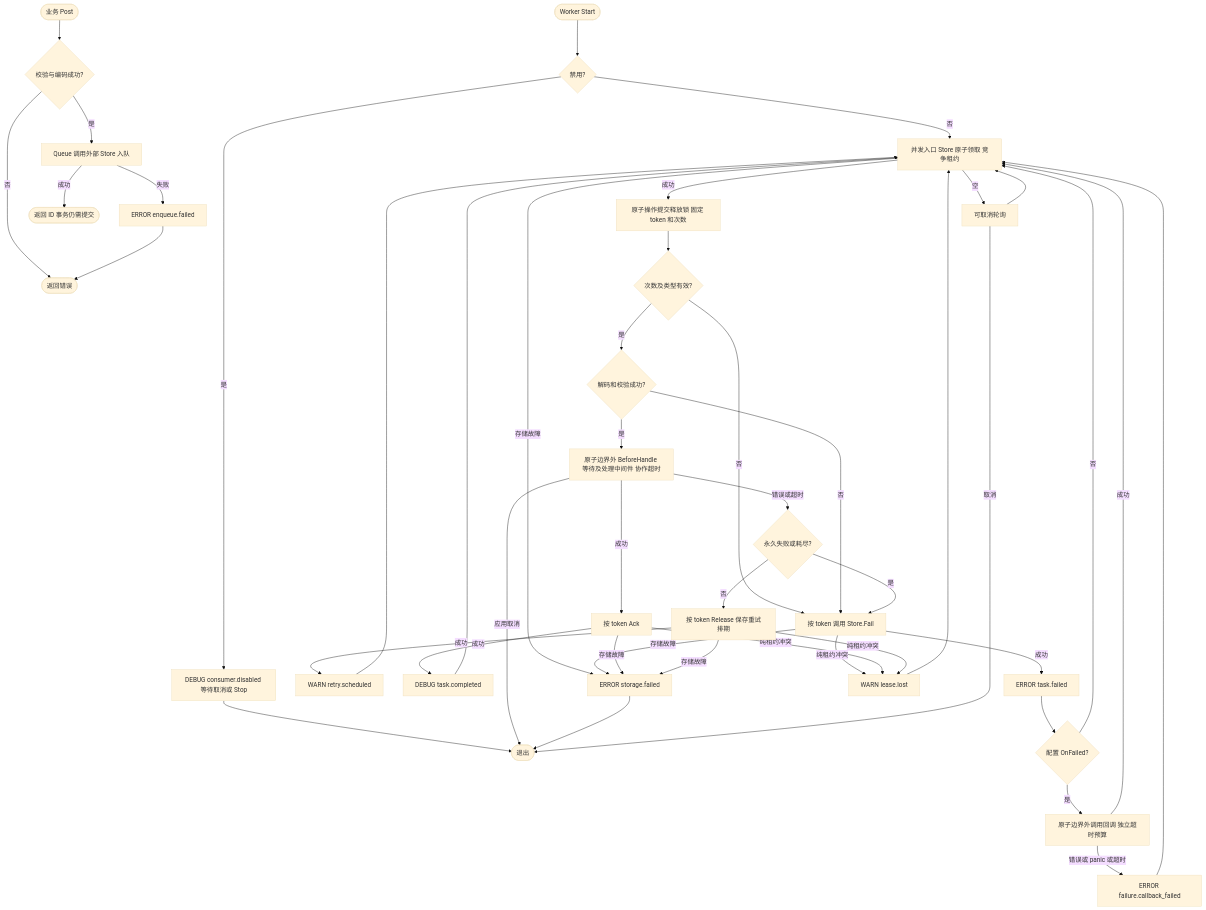
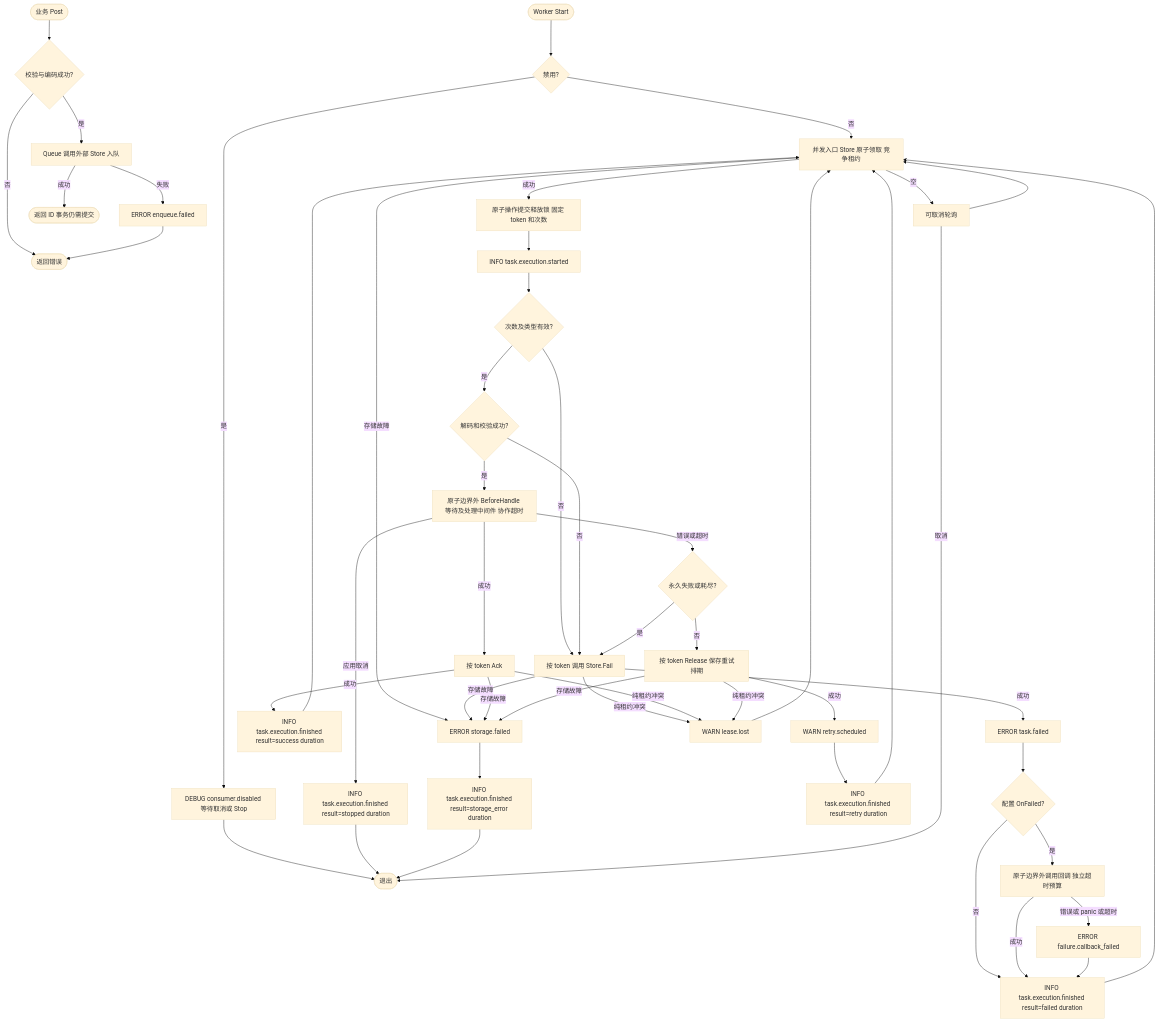
The fourth of 4 diagrams in pkg/queue/typed.md (jaggerzhuang1994/kratos-foundation), drawn with Mermaid (base theme) before and after one commit. The commit also changed 122 other files, not shown here.

````diff
--- a/pkg/queue/typed.md
+++ b/pkg/queue/typed.md
@@ -182,41 +182,45 @@
 ```mermaid
 flowchart TD
     A([业务 Post]) --> B{校验与编码成功?}
     B -- 否 --> Z([返回错误])
     B -- 是 --> C[Queue 调用外部 Store 入队]
     C -- 失败 --> D[ERROR enqueue.failed]
     D --> Z
     C -- 成功 --> E([返回 ID 事务仍需提交])
     F([Worker Start]) --> G{禁用?}
     G -- 是 --> H[DEBUG consumer.disabled 等待取消或 Stop]
     H --> END([退出])
     G -- 否 --> I[并发入口 Store 原子领取 竞争租约]
     I -- 空 --> W[可取消轮询]
     W --> I
     I -- 成功 --> J[原子操作提交释放锁 固定 token 和次数]
-    J --> K{次数及类型有效?}
+    J --> JS[INFO task.execution.started]
+    JS --> K{次数及类型有效?}
     K -- 否 --> FAIL[按 token 调用 Store.Fail]
     K -- 是 --> L{解码和校验成功?}
     L -- 否 --> FAIL
     L -- 是 --> M[原子边界外 BeforeHandle 等待及处理中间件 协作超时]
-    M -- 应用取消 --> END
+    M -- 应用取消 --> STOP[INFO task.execution.finished result=stopped duration]
+    STOP --> END
     M -- 成功 --> ACK[按 token Ack]
     M -- 错误或超时 --> N{永久失败或耗尽?}
     N -- 是 --> FAIL
     N -- 否 --> R[按 token Release 保存重试排期]
     R -- 成功 --> RL[WARN retry.scheduled]
-    ACK -- 成功 --> AL[DEBUG task.completed]
+    ACK -- 成功 --> AL[INFO task.execution.finished result=success duration]
     FAIL -- 成功 --> FL[ERROR task.failed]
     FL --> CB{配置 OnFailed?}
-    CB -- 否 --> I
+    CB -- 否 --> FF[INFO task.execution.finished result=failed duration]
     CB -- 是 --> CALL[原子边界外调用回调 独立超时预算]
-    CALL -- 成功 --> I
+    CALL -- 成功 --> FF
     CALL -- 错误或 panic 或超时 --> CL[ERROR failure.callback_failed]
-    CL --> I
-    RL & AL --> I
+    CL --> FF
+    RL --> RF[INFO task.execution.finished result=retry duration]
+    RF & FF & AL --> I
     I & FAIL & ACK & R -- 存储故障 --> SL[ERROR storage.failed]
-    SL --> END
+    SL --> SF[INFO task.execution.finished result=storage_error duration]
+    SF --> END
     FAIL & ACK & R -- 纯租约冲突 --> LL[WARN lease.lost]
     LL --> I
     W -- 取消 --> END
 ```
````
